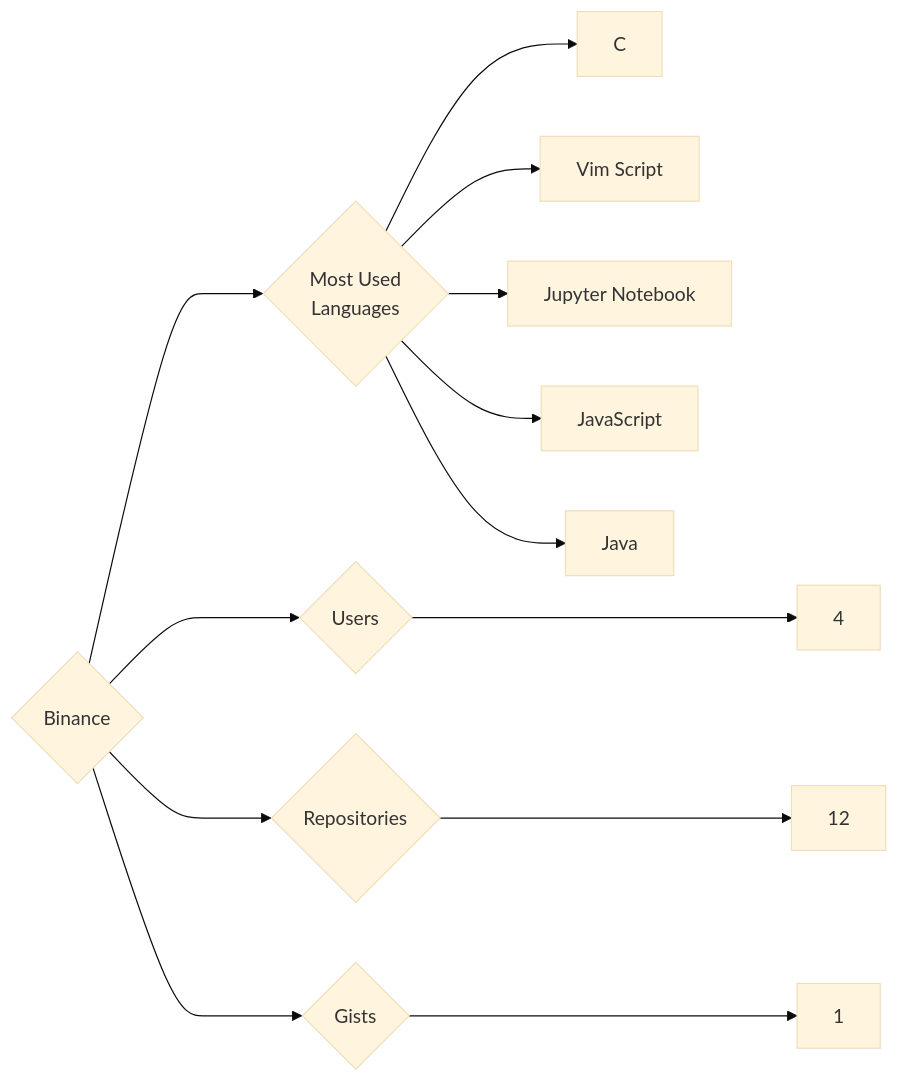
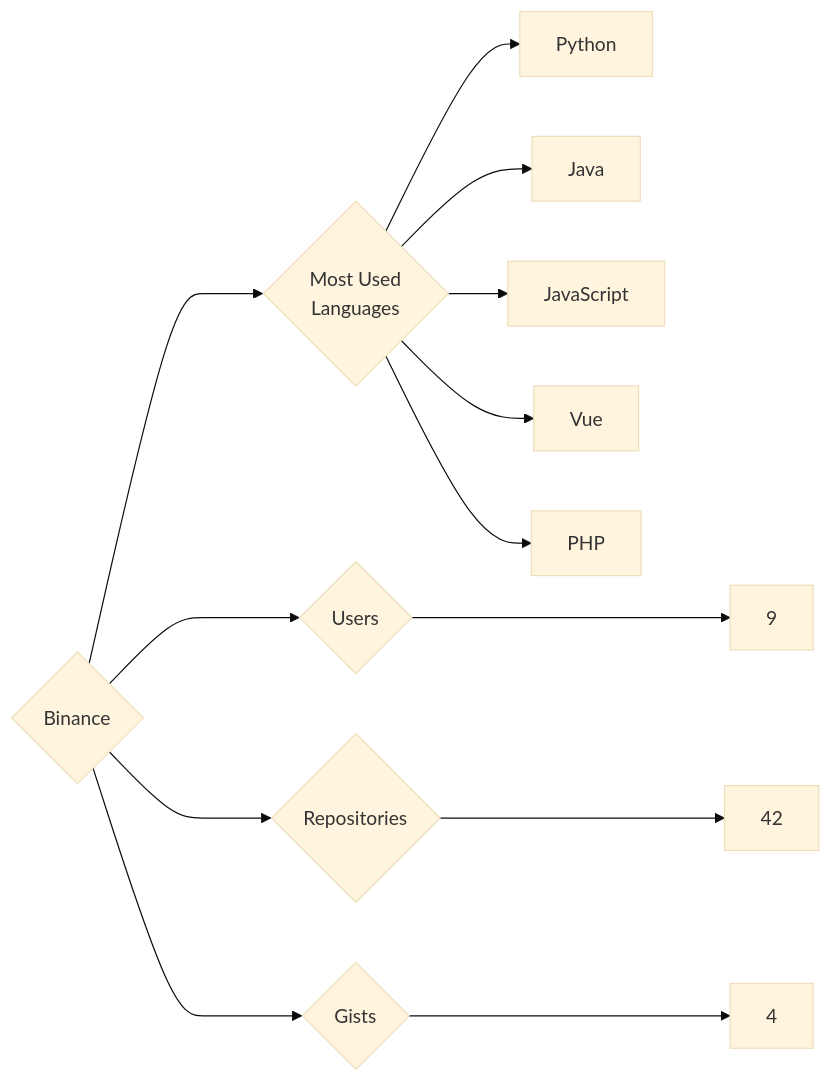
The diagram in targets/Binance/README.md (trickest/insiders), drawn with Mermaid (base theme) before and after one commit. The commit also changed 1238 other files, not shown here.

````diff
--- a/targets/Binance/README.md
+++ b/targets/Binance/README.md
@@ -3,13 +3,13 @@
 ```mermaid
 graph LR
 COMPANY_NAME{Binance}
-COMPANY_NAME ---> U{Users} ---> UN[4]
-COMPANY_NAME ---> R{Repositories} ---> RN[12]
-COMPANY_NAME ---> G{Gists} ---> GN[1]
+COMPANY_NAME ---> U{Users} ---> UN[9]
+COMPANY_NAME ---> R{Repositories} ---> RN[42]
+COMPANY_NAME ---> G{Gists} ---> GN[4]
 COMPANY_NAME ---> ML{Most Used<br>Languages}
-ML --> C[C]
-ML --> Vim_Script[Vim Script]
-ML --> Jupyter_Notebook[Jupyter Notebook]
+ML --> Python[Python]
+ML --> Java[Java]
 ML --> JavaScript[JavaScript]
-ML --> Java[Java]
+ML --> Vue[Vue]
+ML --> PHP[PHP]
 ```
````
